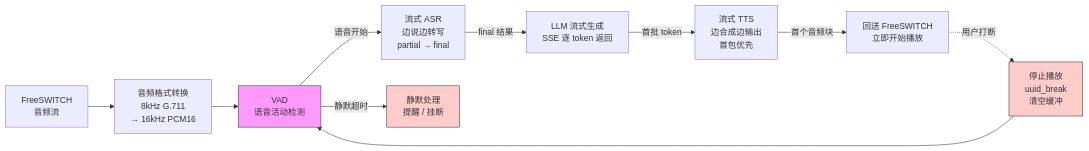
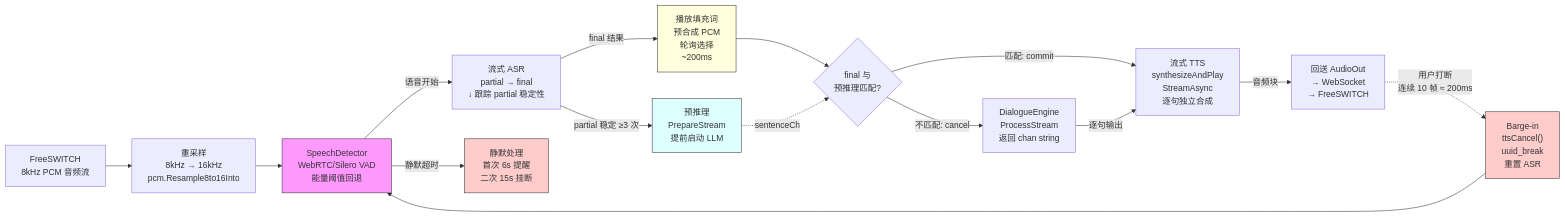
One commit to omeyang/Clarion changed the diagram in design/diagrams/03-01-streaming-pipeline.mmd. Above: the diagram before and after it, drawn with Mermaid. The commit also changed 25 other files, not shown here.

First line of the commit message:
修订设计文档与架构图，统一 guard 包文档注释

```diff
--- a/design/diagrams/03-01-streaming-pipeline.mmd
+++ b/design/diagrams/03-01-streaming-pipeline.mmd
@@ -1,17 +1,27 @@
 flowchart LR
-    FS["FreeSWITCH<br/>音频流"] --> CONV["音频格式转换<br/>8kHz G.711<br/>→ 16kHz PCM16"]
-    CONV --> VAD["VAD<br/>语音活动检测"]
+    FS["FreeSWITCH<br/>8kHz PCM 音频流"] --> RESAMPLE["重采样<br/>8kHz → 16kHz<br/>pcm.Resample8to16Into"]
+    RESAMPLE --> VAD["SpeechDetector<br/>WebRTC/Silero VAD<br/>能量阈值回退"]
 
-    VAD -->|"语音开始"| ASR["流式 ASR<br/>边说边转写<br/>partial → final"]
-    VAD -->|"静默超时"| TIMEOUT["静默处理<br/>提醒 / 挂断"]
+    VAD -->|"语音开始"| ASR["流式 ASR<br/>partial → final<br/>↓ 跟踪 partial 稳定性"]
+    VAD -->|"静默超时"| TIMEOUT["静默处理<br/>首次 6s 提醒<br/>二次 15s 挂断"]
 
-    ASR -->|"final 结果"| LLM["LLM 流式生成<br/>SSE 逐 token 返回"]
-    LLM -->|"首批 token"| TTS["流式 TTS<br/>边合成边输出<br/>首包优先"]
-    TTS -->|"首个音频块"| PLAY["回送 FreeSWITCH<br/>立即开始播放"]
+    ASR -->|"partial 稳定 ≥3 次"| SPEC["预推理<br/>PrepareStream<br/>提前启动 LLM"]
+    ASR -->|"final 结果"| FILLER["播放填充词<br/>预合成 PCM<br/>轮询选择<br/>~200ms"]
 
-    PLAY -.->|"用户打断"| STOP["停止播放<br/>uuid_break<br/>清空缓冲"]
+    FILLER --> MATCH{"final 与<br/>预推理匹配?"}
+    MATCH -->|"匹配: commit"| TTS
+    MATCH -->|"不匹配: cancel"| LLM
+    SPEC -.->|"sentenceCh"| MATCH
+
+    LLM["DialogueEngine<br/>ProcessStream<br/>返回 chan string"] -->|"逐句输出"| TTS["流式 TTS<br/>synthesizeAndPlay<br/>StreamAsync<br/>逐句独立合成"]
+
+    TTS -->|"音频块"| PLAY["回送 AudioOut<br/>→ WebSocket<br/>→ FreeSWITCH"]
+
+    PLAY -.->|"用户打断<br/>连续 10 帧 ≈ 200ms"| STOP["Barge-in<br/>ttsCancel()<br/>uuid_break<br/>重置 ASR"]
     STOP --> VAD
 
     style VAD fill:#f9f,stroke:#333
     style TIMEOUT fill:#fcc,stroke:#333
     style STOP fill:#fcc,stroke:#333
+    style FILLER fill:#ffd,stroke:#333
+    style SPEC fill:#dff,stroke:#333
```
